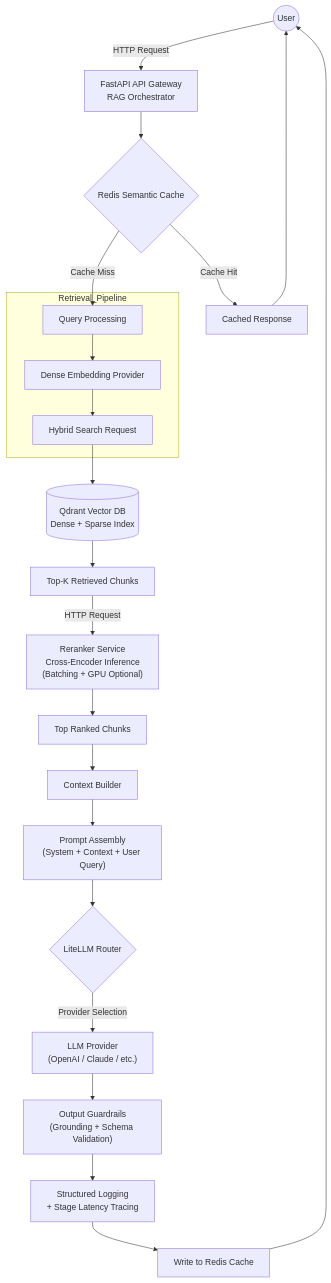
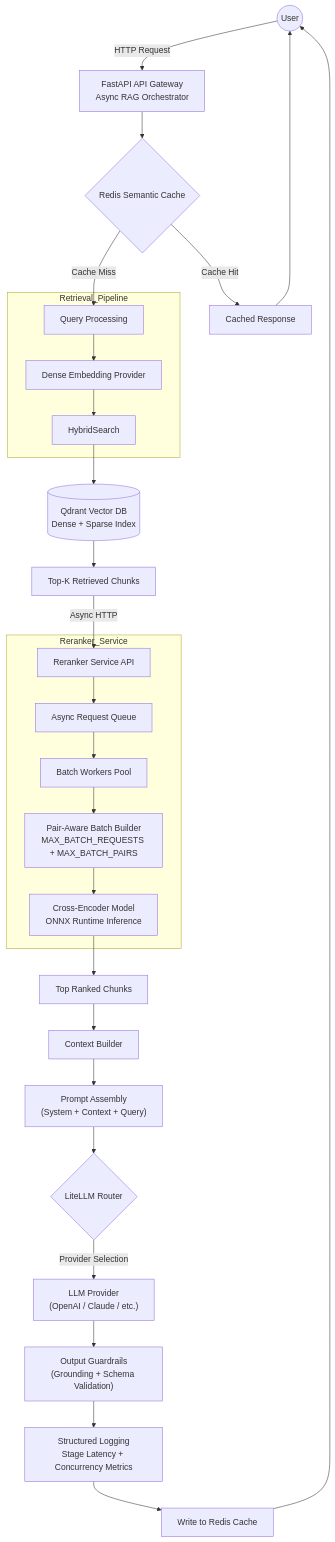
One commit to rayxcast/hybrid-rag-template changed the diagram in README.md. Above: the diagram before and after it, drawn with Mermaid.

````diff
--- a/README.md
+++ b/README.md
@@ -16,51 +16,58 @@
 ```mermaid
 flowchart TD
 
 %% Entry Layer
 User((User))
-User -->|HTTP Request| API[FastAPI API Gateway<br/>RAG Orchestrator]
+User -->|HTTP Request| API[FastAPI API Gateway<br/>Async RAG Orchestrator]
 
 %% Cache Layer
 API --> CacheCheck{Redis Semantic Cache}
 CacheCheck -->|Cache Hit| CachedResponse[Cached Response]
 CachedResponse --> User
 CacheCheck -->|Cache Miss| Retrieval
 
 %% Retrieval Layer
 subgraph Retrieval_Pipeline
-    Retrieval[Query Processing]
-    Retrieval --> Embed[Dense Embedding Provider]
-    Embed --> HybridSearch
+Retrieval[Query Processing]
+Retrieval --> Embed[Dense Embedding Provider]
+Embed --> HybridSearch
 end
 
 %% Vector Database
-HybridSearch[Hybrid Search Request] --> Qdrant[(Qdrant Vector DB<br/>Dense + Sparse Index)]
+HybridSearch --> Qdrant[(Qdrant Vector DB<br/>Dense + Sparse Index)]
 
 Qdrant --> Candidates[Top-K Retrieved Chunks]
 
 %% Reranker Microservice
-Candidates -->|HTTP Request| RerankerService["Reranker Service<br/>Cross-Encoder Inference<br/>(Batching + GPU Optional)"]
+Candidates -->|Async HTTP| RerankerAPI[Reranker Service API]
 
-RerankerService --> Ranked[Top Ranked Chunks]
+subgraph Reranker_Service
+RerankerAPI --> BatchQueue[Async Request Queue]
+BatchQueue --> BatchWorkers[Batch Workers Pool]
+BatchWorkers --> BatchBuilder[Pair-Aware Batch Builder<br/>MAX_BATCH_REQUESTS + MAX_BATCH_PAIRS]
+BatchBuilder --> CrossEncoder[Cross-Encoder Model<br/>ONNX Runtime Inference]
+end
+
+CrossEncoder --> Ranked[Top Ranked Chunks]
 
 %% Context Assembly
 Ranked --> Context[Context Builder]
 
 %% Prompt Layer
-Context --> Prompt["Prompt Assembly<br/>(System + Context + User Query)"]
+Context --> Prompt["Prompt Assembly<br/>(System + Context + Query)"]
 
 %% LLM Router
 Prompt --> Router{LiteLLM Router}
 
 Router -->|Provider Selection| LLM["LLM Provider<br/>(OpenAI / Claude / etc.)"]
 
 %% Post Processing
 LLM --> Guardrails["Output Guardrails<br/>(Grounding + Schema Validation)"]
 
 %% Observability
-Guardrails --> Logger["Structured Logging<br/>+ Stage Latency Tracing"]
+Guardrails --> Logger["Structured Logging<br/>Stage Latency + Concurrency Metrics"]
 
 Logger --> CacheWrite[Write to Redis Cache]
 
 CacheWrite --> User
 ```
````
